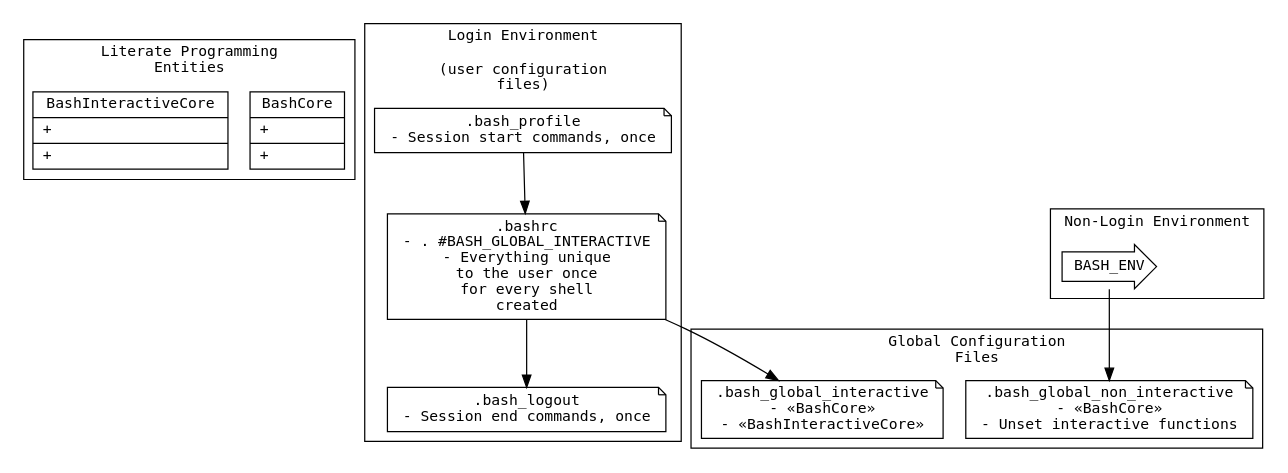
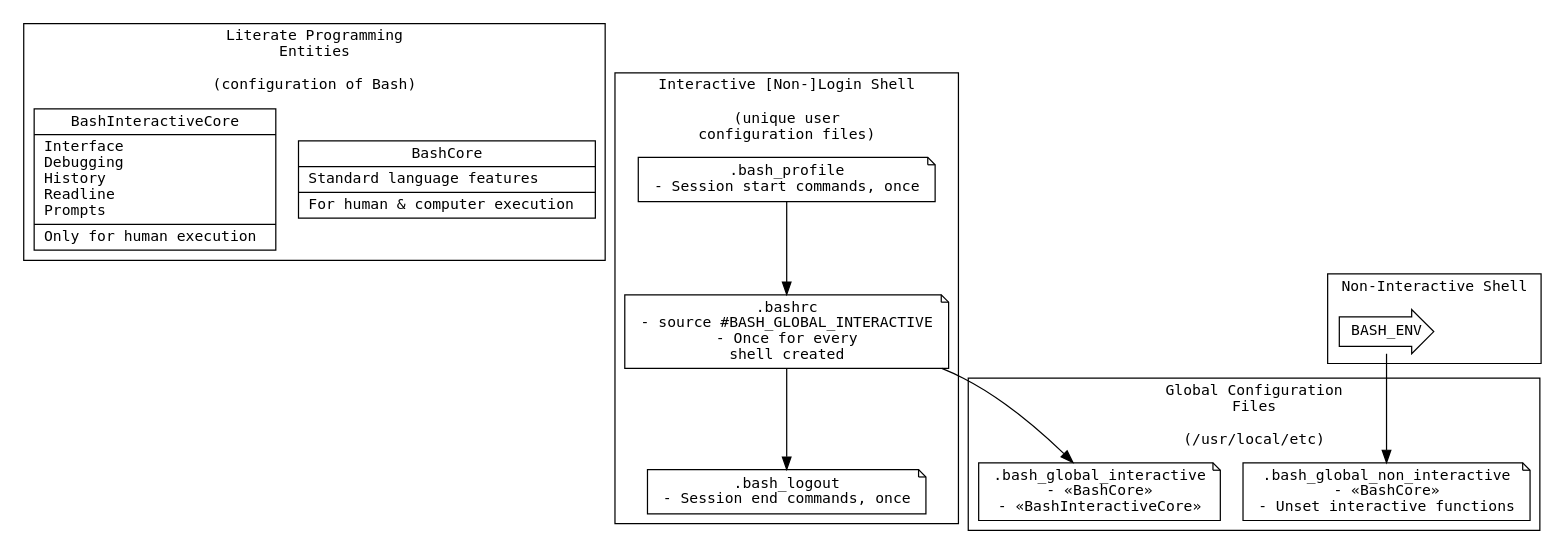
One commit to grettke/bash changed the diagram in bash.org. Above: the diagram before and after it, drawn with Graphviz.

Commit message:
Refinement

```diff
--- a/bash.org
+++ b/bash.org
@@ -2430,31 +2430,31 @@
 #+BEGIN_SRC dot :file "./image/version04.png" :wrap "RESULTS"
 digraph version5 {
   fontname = "DejaVu Sans Mono"
   fontsize = 12
   node [shape = "record" fontname = "DejaVu Sans Mono" fontsize = 12]
   subgraph cluster_0 {
-    label = "Literate Programming\nEntities";
-    BashCore[label = "{BashCore|+ \l|+ \l}"]
-    BashInteractiveCore[label = "{BashInteractiveCore|+ \l|+ \l}"]
+    label = "Literate Programming\nEntities\n\n(configuration of Bash)";
+    BashCore[label = "{BashCore|Standard language features\l|For human & computer execution\l}"]
+    BashInteractiveCore[label = "{BashInteractiveCore|Interface\lDebugging\lHistory\lReadline\lPrompts\l|Only for human execution\l}"]
   }
   subgraph cluster_1 {
-    label = "Global Configuration\nFiles";
+    label = "Global Configuration\nFiles\n\n(/usr/local/etc)";
     BashGlobalNonInteractive[shape = "note" label = ".bash_global_non_interactive\n- «BashCore»\n- Unset interactive functions"]
     BashGlobalInteractive[shape = "note" label = ".bash_global_interactive\n- «BashCore»\n- «BashInteractiveCore»"]
   }
   subgraph cluster_2 {
-    label = "Login Environment\n\n(user configuration\nfiles)";
+    label = "Interactive [Non-]Login Shell\n\n(unique user\nconfiguration files)";
     BashProfile[shape = "note" label = ".bash_profile\n- Session start commands, once"]
-    BashRc[shape = "note" label = ".bashrc\n- . #BASH_GLOBAL_INTERACTIVE\n- Everything unique\nto the user once\nfor every shell\ncreated"]
+    BashRc[shape = "note" label = ".bashrc\n- source #BASH_GLOBAL_INTERACTIVE\n- Once for every\nshell created"]
     BashLogout[shape = "note" label = ".bash_logout\n- Session end commands, once"]
   }
   subgraph cluster_3 {
-    label = "Non-Login Environment";
+    label = "Non-Interactive Shell";
     BashEnv [shape = "rarrow" label = "BASH_ENV"]
   }
 
   BashProfile -> BashRc -> BashLogout;
   BashEnv -> BashGlobalNonInteractive;
   BashRc -> BashGlobalInteractive;
 }
 #+END_SRC
```
